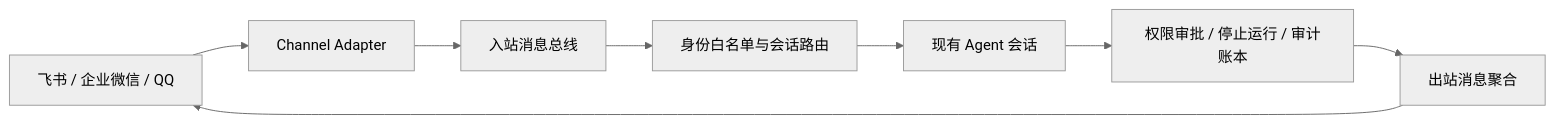
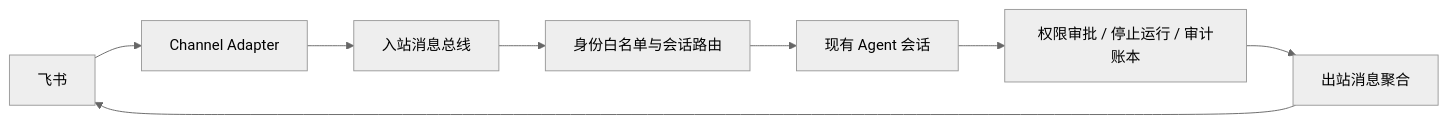
Before and after one commit to OpenMedAILab/oph-autoresearch: the fourth of 4 diagrams in README.md, drawn with Mermaid (neutral theme). The commit also changed other lines of this file and 102 other files, not shown here.

````diff
--- a/README.md
+++ b/README.md
@@ -85,10 +96,10 @@
 ```mermaid
 flowchart LR
-    A["飞书 / 企业微信 / QQ"] --> B["Channel Adapter"]
+    A["飞书"] --> B["Channel Adapter"]
     B --> C["入站消息总线"]
     C --> D["身份白名单与会话路由"]
     D --> E["现有 Agent 会话"]
     E --> F["权限审批 / 停止运行 / 审计账本"]
     F --> G["出站消息聚合"]
     G --> A
 ```
````
